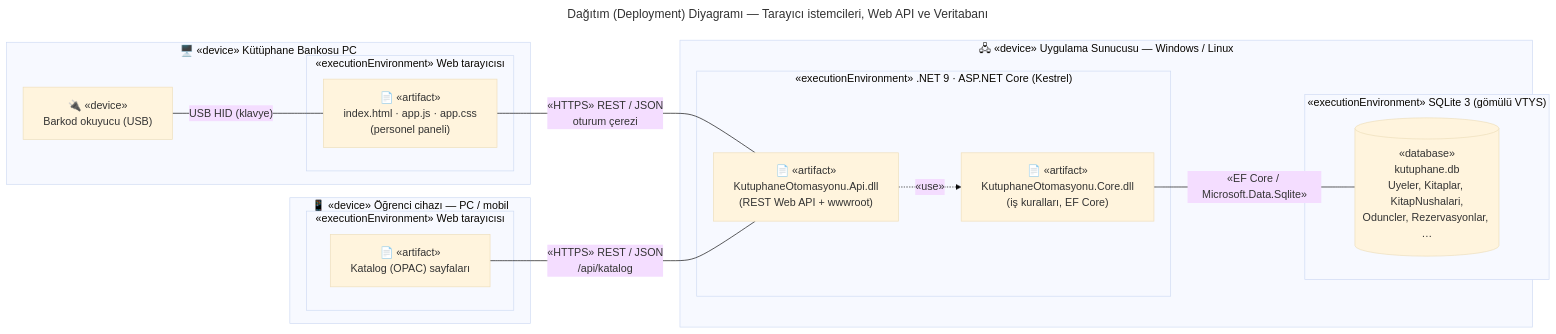
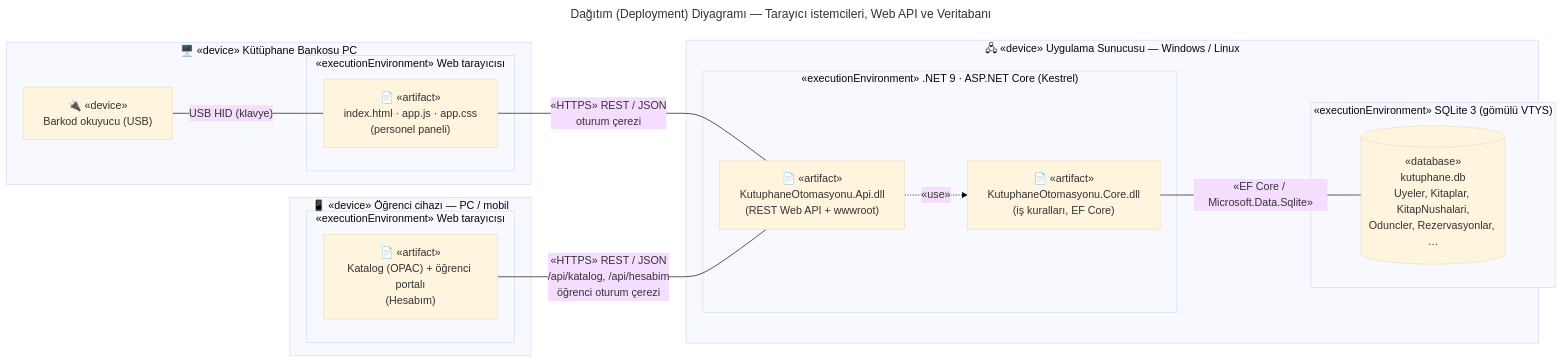
Before and after one commit to sudenurozturkk/KutuphaneOtomasyonu: the diagram in docs/uml/4-dagitim-diyagrami.mmd, drawn with Mermaid (base theme). The commit also changed 8 other files, not shown here.

Commit message:
docs: ogrenci portali, demo ogrenci hesabi ve guncel UML

```diff
--- a/docs/uml/4-dagitim-diyagrami.mmd
+++ b/docs/uml/4-dagitim-diyagrami.mmd
@@ -1,32 +1,32 @@
 ---
 title: Dağıtım (Deployment) Diyagramı — Tarayıcı istemcileri, Web API ve Veritabanı
 ---
 flowchart LR
     subgraph PC["🖥️ «device» Kütüphane Bankosu PC"]
         subgraph TR1["«executionEnvironment» Web tarayıcısı"]
             A1["📄 «artifact»<br/>index.html · app.js · app.css<br/>(personel paneli)"]
         end
         BR["🔌 «device»<br/>Barkod okuyucu (USB)"]
     end
 
     subgraph OGR["📱 «device» Öğrenci cihazı — PC / mobil"]
         subgraph TR2["«executionEnvironment» Web tarayıcısı"]
-            A4["📄 «artifact»<br/>Katalog (OPAC) sayfaları"]
+            A4["📄 «artifact»<br/>Katalog (OPAC) + öğrenci portalı<br/>(Hesabım)"]
         end
     end
 
     subgraph SRV["🖧 «device» Uygulama Sunucusu — Windows / Linux"]
         subgraph RT2["«executionEnvironment» .NET 9 · ASP.NET Core (Kestrel)"]
             A2["📄 «artifact»<br/>KutuphaneOtomasyonu.Api.dll<br/>(REST Web API + wwwroot)"]
             A3["📄 «artifact»<br/>KutuphaneOtomasyonu.Core.dll<br/>(iş kuralları, EF Core)"]
         end
         subgraph RT3["«executionEnvironment» SQLite 3 (gömülü VTYS)"]
             DB[("«database»<br/>kutuphane.db<br/>Uyeler, Kitaplar, KitapNushalari,<br/>Oduncler, Rezervasyonlar, …")]
         end
     end
 
     BR -- "USB HID (klavye)" --- A1
     A1 -- "«HTTPS» REST / JSON<br/>oturum çerezi" --- A2
-    A4 -- "«HTTPS» REST / JSON<br/>/api/katalog" --- A2
+    A4 -- "«HTTPS» REST / JSON<br/>/api/katalog, /api/hesabim<br/>öğrenci oturum çerezi" --- A2
     A2 -. "«use»" .-> A3
     A3 -- "«EF Core / Microsoft.Data.Sqlite»" --- DB
```
